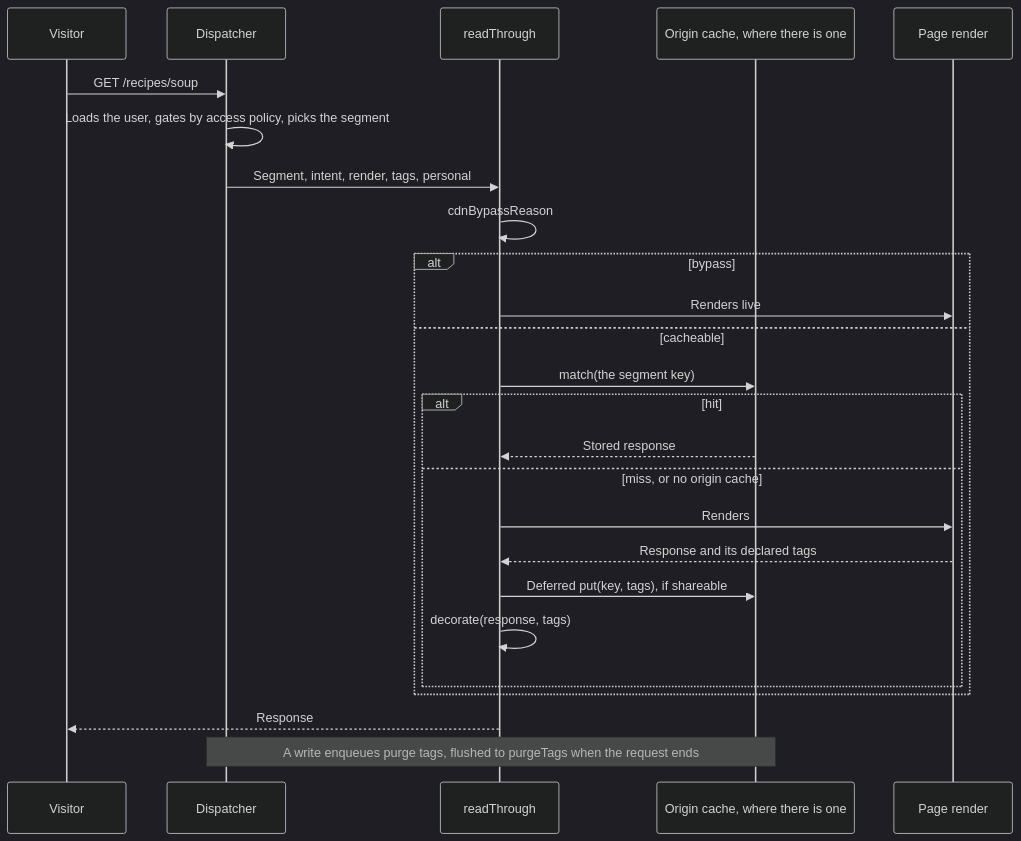
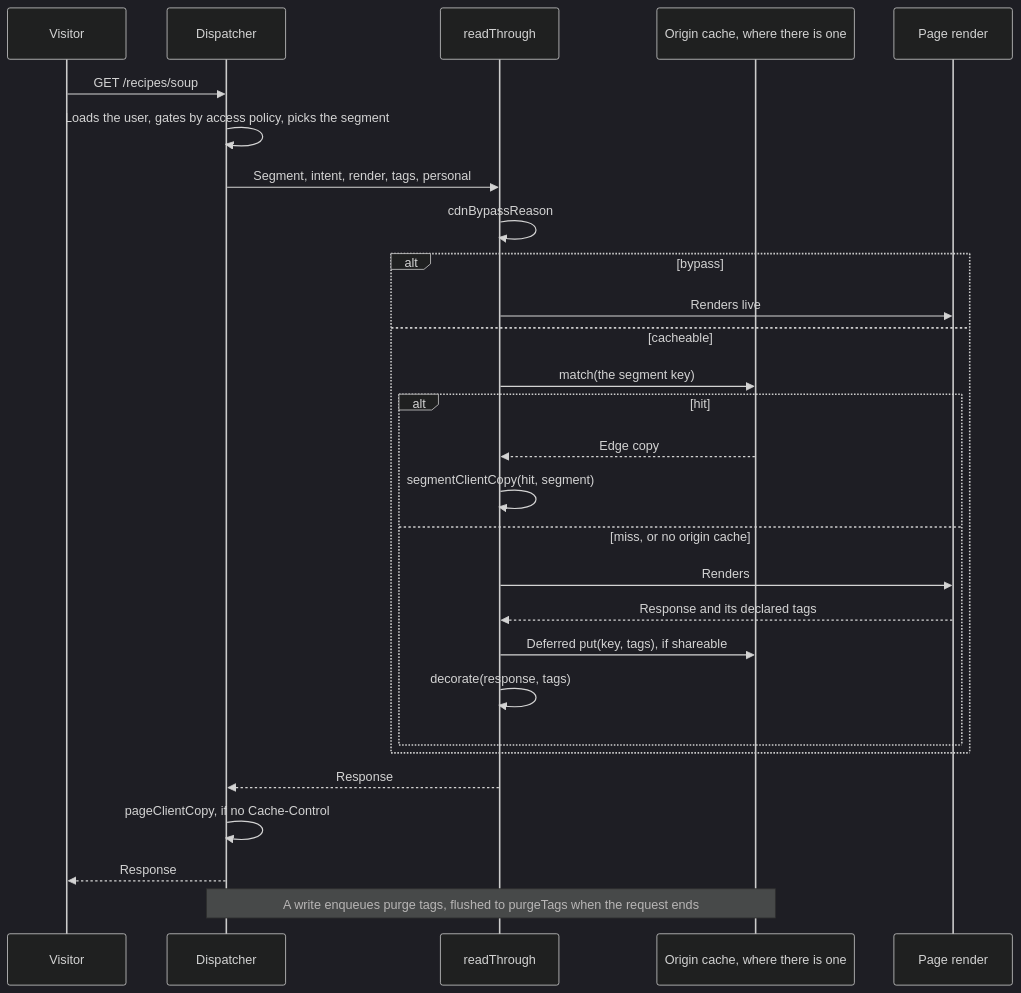
The diagram in docs/architecture/cdn-cache.md (withplumix/plumix), drawn with Mermaid (dark theme) before and after one commit. The commit also changed other lines of this file and 11 other files, not shown here.

First line of the commit message:
fix(core): leave a segment page's cdn hit and an undecorated page uncacheable

````diff
--- a/docs/architecture/cdn-cache.md
+++ b/docs/architecture/cdn-cache.md
@@ -7,27 +7,30 @@
 ```mermaid
 sequenceDiagram
   participant V as Visitor
   participant D as Dispatcher
   participant R as readThrough
   participant S as Origin cache, where there is one
   participant P as Page render
   V->>D: GET /recipes/soup
   D->>D: Loads the user, gates by access policy, picks the segment
   D->>R: Segment, intent, render, tags, personal
   R->>R: cdnBypassReason
   alt bypass
     R->>P: Renders live
   else cacheable
     R->>S: match(the segment key)
     alt hit
-      S-->>R: Stored response
+      S-->>R: Edge copy
+      R->>R: segmentClientCopy(hit, segment)
     else miss, or no origin cache
       R->>P: Renders
       P-->>R: Response and its declared tags
       R->>S: Deferred put(key, tags), if shareable
       R->>R: decorate(response, tags)
     end
   end
-  R-->>V: Response
+  R-->>D: Response
+  D->>D: pageClientCopy, if no Cache-Control
+  D-->>V: Response
   Note over D,S: A write enqueues purge tags, flushed to purgeTags when the request ends
 ```
````
